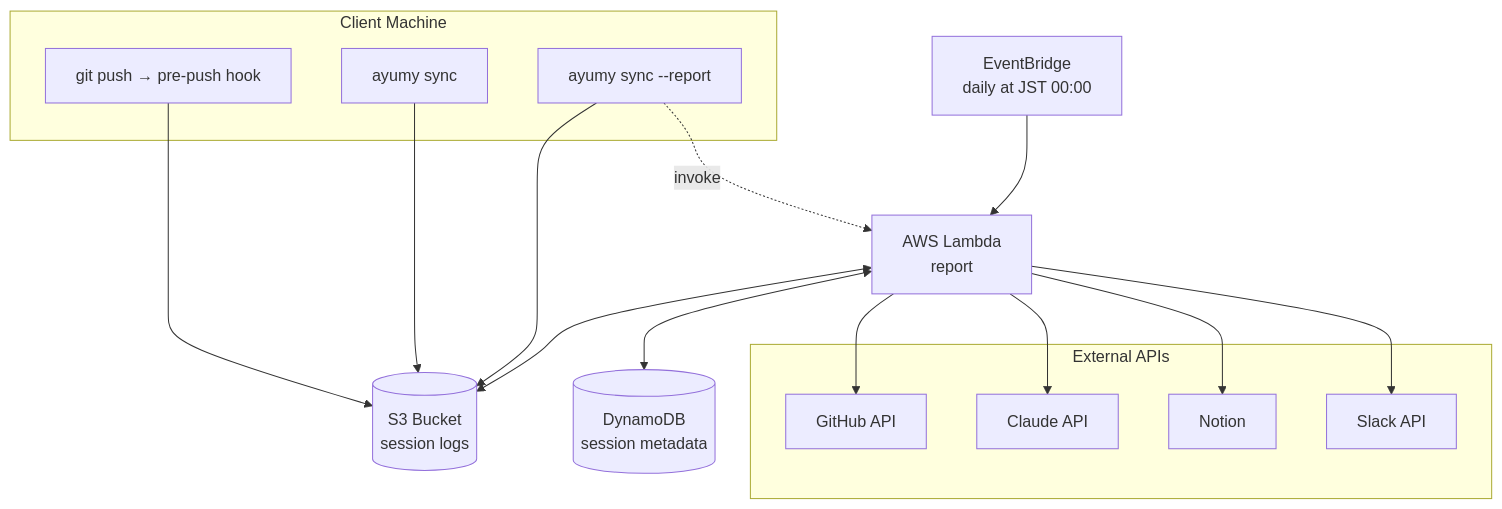
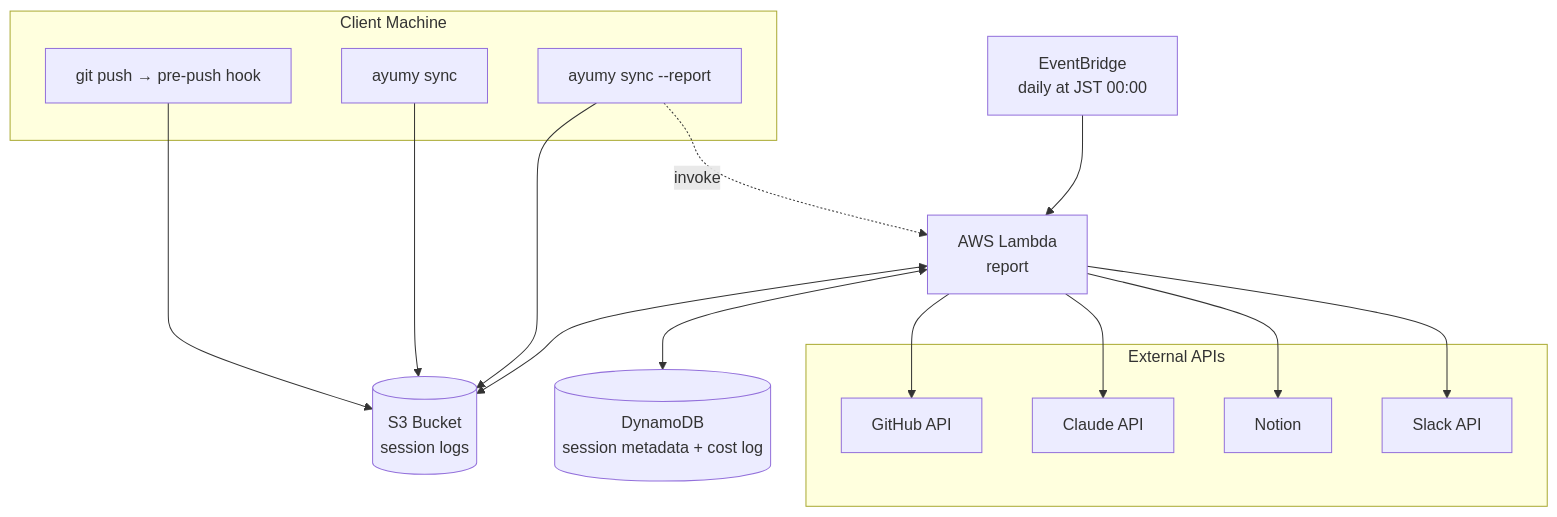
The diagram in README.md (n-yU/ayumy), drawn with Mermaid before and after one commit. The commit also changed other lines of this file and 17 other files, not shown here.

````diff
--- a/README.md
+++ b/README.md
@@ -12,32 +12,32 @@
 ```mermaid
 flowchart TB
     subgraph Client[Client Machine]
         Hook[git push → pre-push hook]
         Sync[ayumy sync]
         Report[ayumy sync --report]
     end
 
     S3[(S3 Bucket<br/>session logs)]
     Schedule[EventBridge<br/>daily at JST 00:00]
     Lambda[AWS Lambda<br/>report]
-    DDB[(DynamoDB<br/>session metadata)]
+    DDB[(DynamoDB<br/>session metadata + cost log)]
 
     subgraph External[External APIs]
         GH[GitHub API]
         Claude[Claude API]
         Notion[Notion]
         Slack[Slack API]
     end
 
     Hook --> S3
     Sync --> S3
     Report --> S3
     Report -.->|invoke| Lambda
     Schedule --> Lambda
     Lambda <--> S3
     Lambda <--> DDB
     Lambda --> GH
     Lambda --> Claude
     Lambda --> Notion
     Lambda --> Slack
 ```
````
